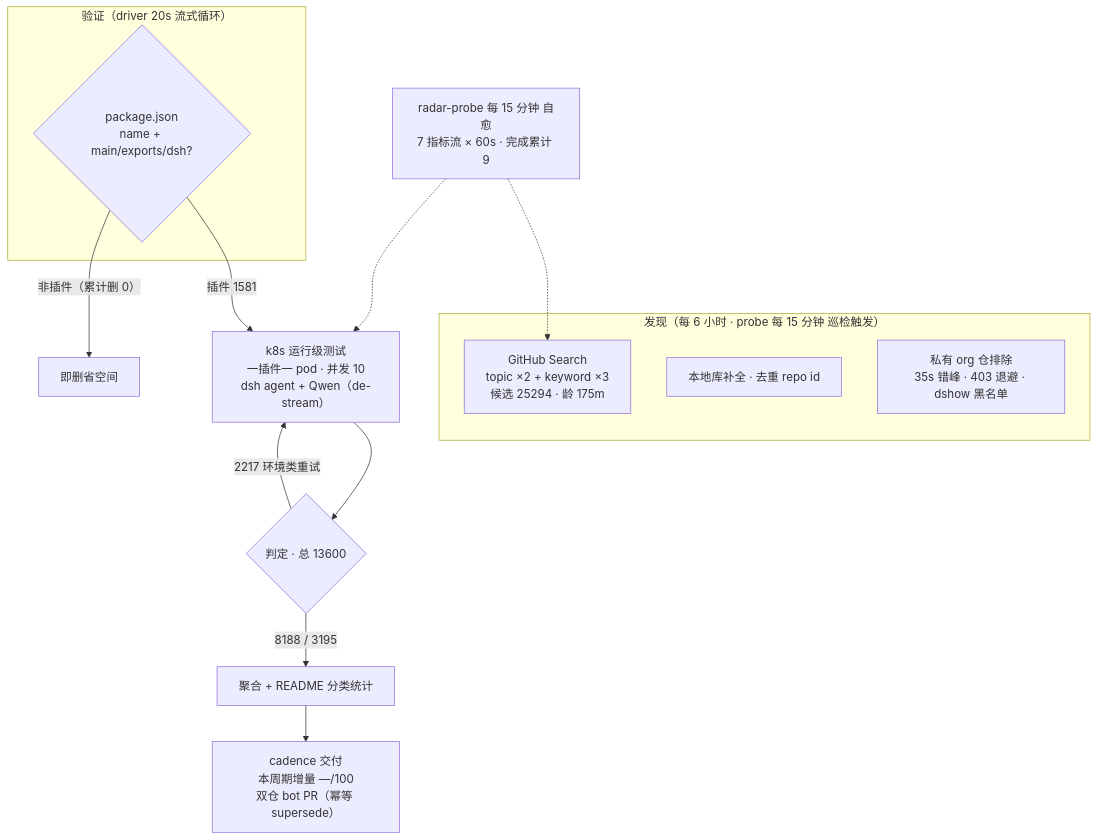
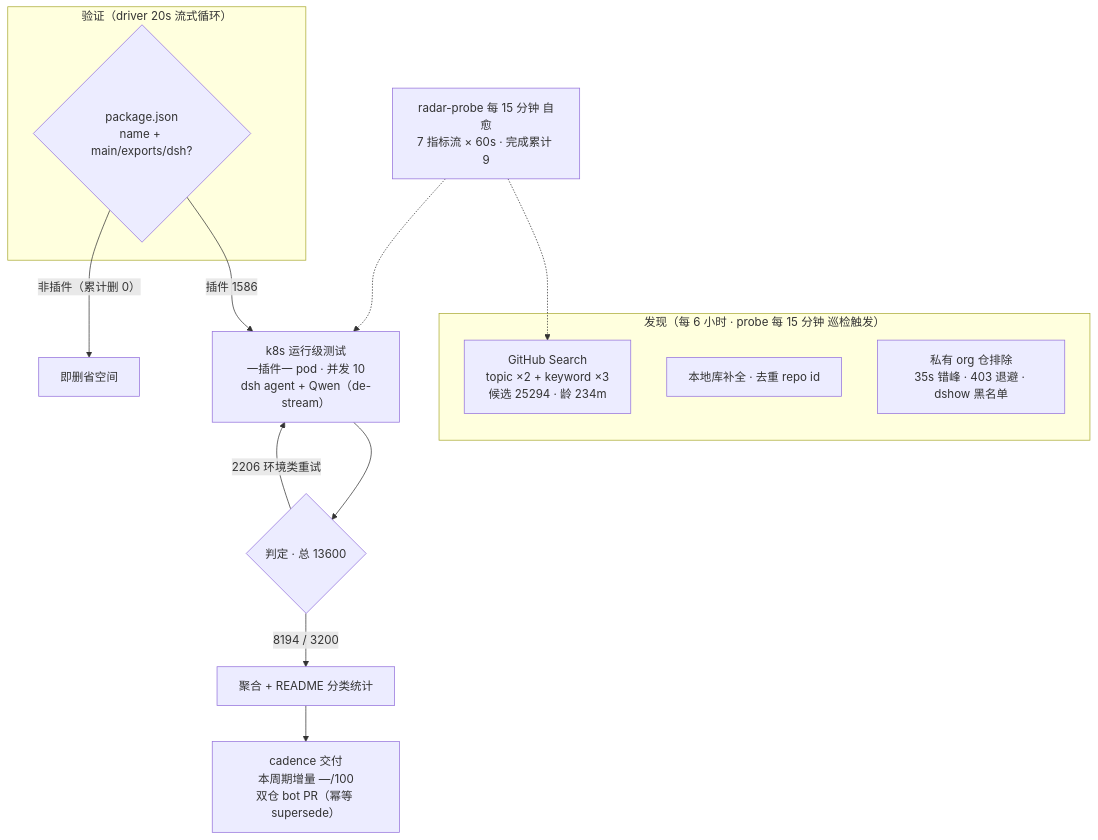
Before and after one commit to Zhidao-Lab-OSS/awesome-dsh-plugins: the diagram in README.md, drawn with Mermaid. The commit also changed other lines of this file and 1 other file, not shown here.

````diff
--- a/README.md
+++ b/README.md
@@ -99,20 +99,20 @@
 ```mermaid
 flowchart TB
     subgraph Discovery["发现（每 6 小时 · probe 每 15 分钟 巡检触发）"]
-        A1["GitHub Search<br/>topic ×2 + keyword ×3<br/>候选 25294 · 龄 175m"]
+        A1["GitHub Search<br/>topic ×2 + keyword ×3<br/>候选 25294 · 龄 234m"]
         A2["本地库补全 · 去重 repo id"]
         A3["私有 org 仓排除<br/>35s 错峰 · 403 退避 · dshow 黑名单"]
     end
     subgraph Validation["验证（driver 20s 流式循环）"]
         B1{"package.json<br/>name + main/exports/dsh?"}
     end
-    B1 -->|"插件 1581"| C1["k8s 运行级测试<br/>一插件一 pod · 并发 10<br/>dsh agent + Qwen（de-stream）"]
+    B1 -->|"插件 1586"| C1["k8s 运行级测试<br/>一插件一 pod · 并发 10<br/>dsh agent + Qwen（de-stream）"]
     B1 -->|"非插件（累计删 0）"| B3["即删省空间"]
     C1 --> D1{"判定 · 总 13600"}
-    D1 -->|"8188 / 3195"| E1["聚合 + README 分类统计"]
-    D1 -->|"2217 环境类重试"| C1
+    D1 -->|"8194 / 3200"| E1["聚合 + README 分类统计"]
+    D1 -->|"2206 环境类重试"| C1
     E1 --> E2["cadence 交付<br/>本周期增量 —/100<br/>双仓 bot PR（幂等 supersede）"]
     M["radar-probe 每 15 分钟 自愈<br/>7 指标流 × 60s · 完成累计 9"]
     M -.-> A1
     M -.-> C1
 ```
````
